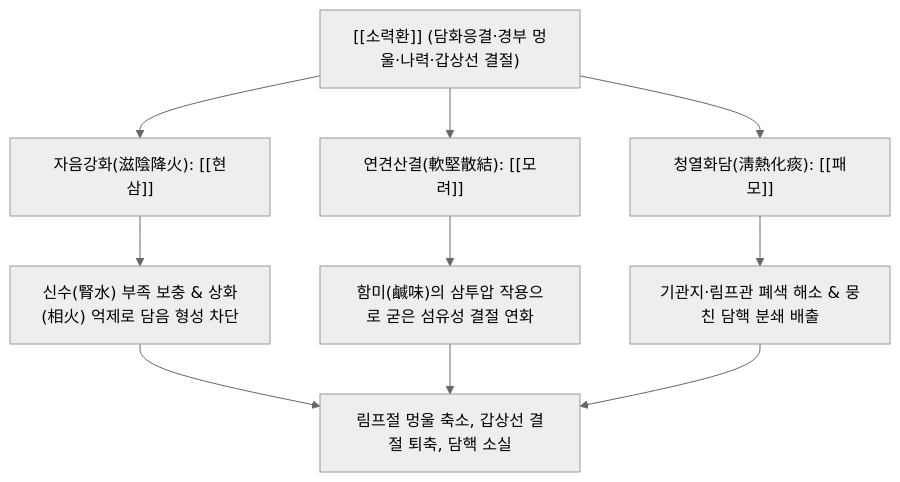
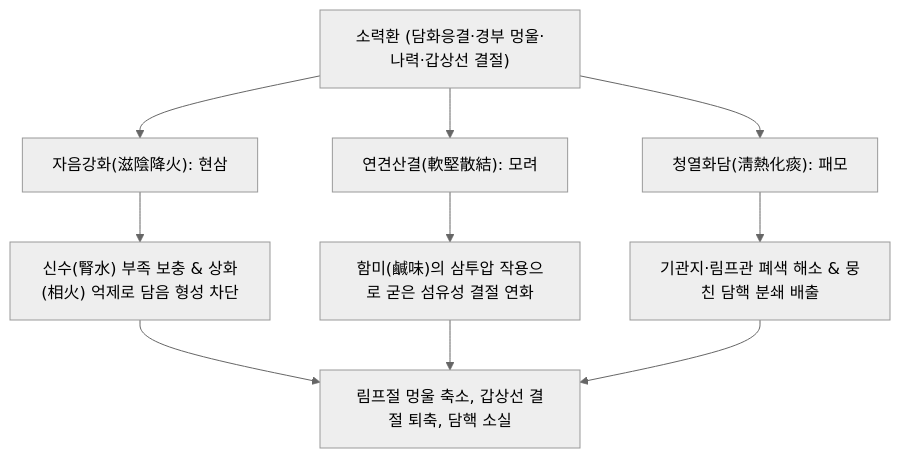
Before and after one commit to simbio11/simbio-digital-garden2: the diagram in content/2. 약리 공부/처방/03_화담·거습·이수제/소력환.md, drawn with Mermaid (neutral theme). The commit also changed other lines of this file and 323 other files, not shown here.

````diff
--- a/content/2. 약리 공부/처방/03_화담·거습·이수제/소력환.md
+++ b/content/2. 약리 공부/처방/03_화담·거습·이수제/소력환.md
@@ -44,12 +44,12 @@
 ```mermaid
 graph TD
-    A["[[소력환]] (담화응결·경부 멍울·나력·갑상선 결절)"] --> B["자음강화(滋陰降火): [[현삼]]"]
-    A --> C["연견산결(軟堅散結): [[모려]]"]
-    A --> D["청열화담(淸熱化痰): [[패모]]"]
+    A["소력환 (담화응결·경부 멍울·나력·갑상선 결절)"] --> B["자음강화(滋陰降火): 현삼"]
+    A --> C["연견산결(軟堅散結): 모려"]
+    A --> D["청열화담(淸熱化痰): 패모"]
 
     B --> E["신수(腎水) 부족 보충 & 상화(相火) 억제로 담음 형성 차단"]
     C --> F["함미(鹹味)의 삼투압 작용으로 굳은 섬유성 결절 연화"]
     D --> G["기관지·림프관 폐색 해소 & 뭉친 담핵 분쇄 배출"]
 
     E & F & G --> H["림프절 멍울 축소, 갑상선 결절 퇴축, 담핵 소실"]
 ```
````
